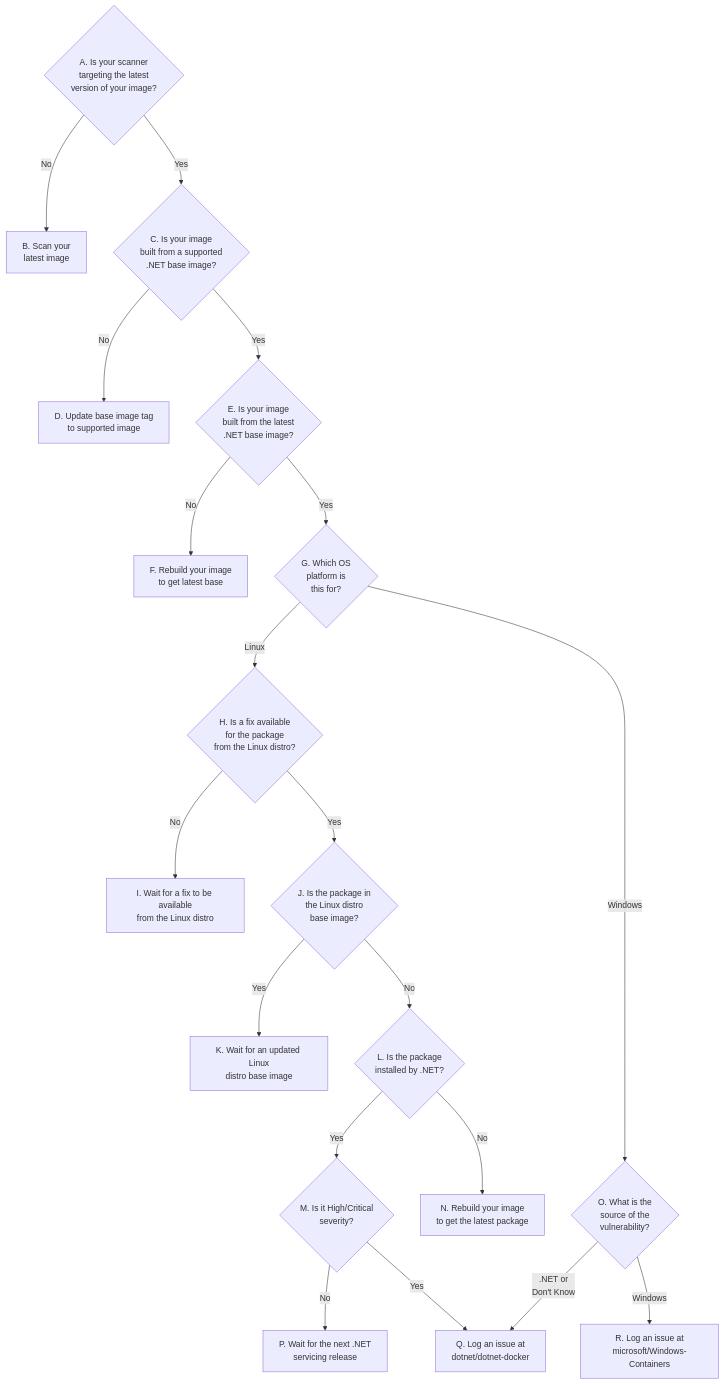
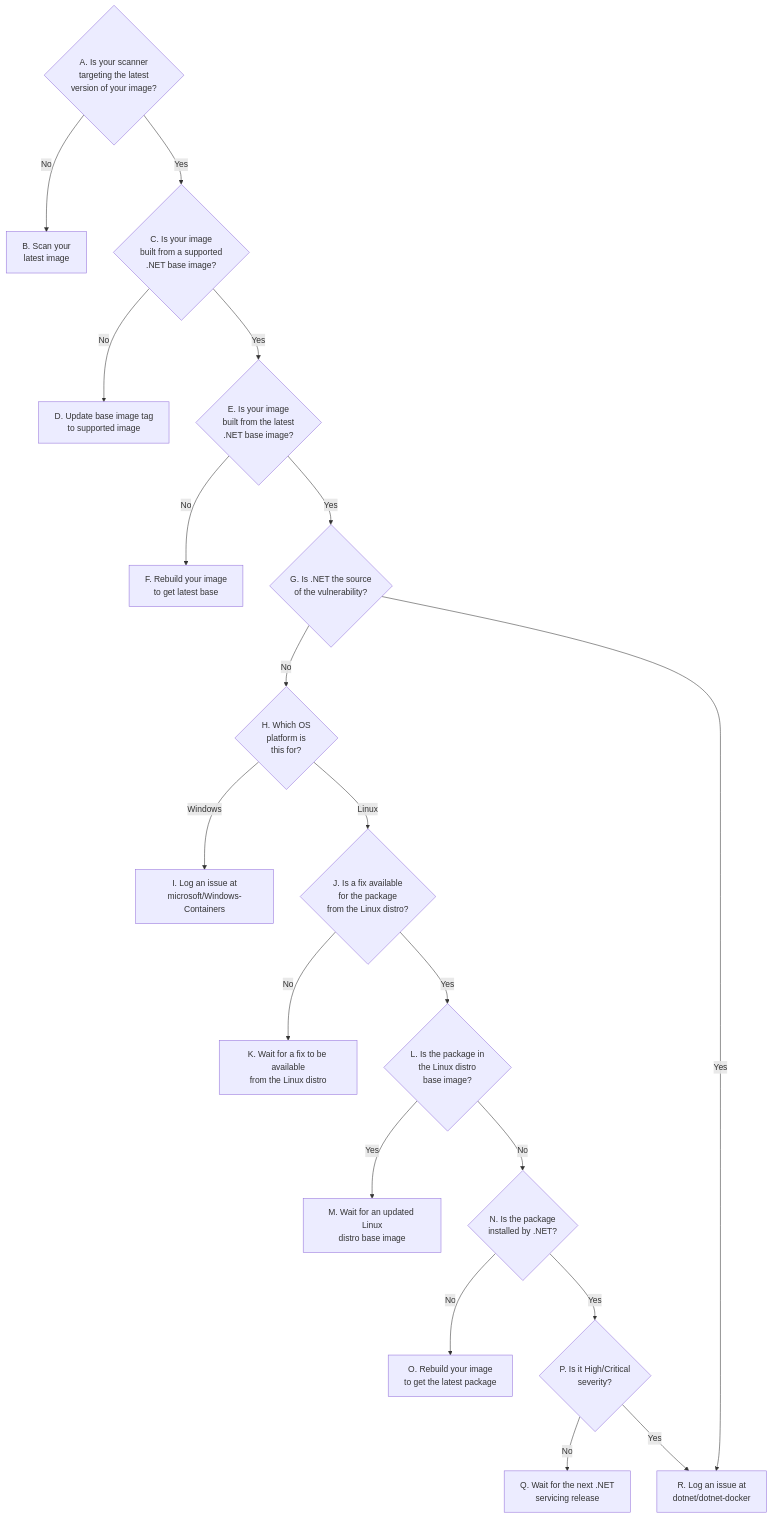
The diagram in documentation/vulnerability-workflow.md (dotnet/dotnet-docker), drawn with Mermaid before and after one commit. The commit also changed other lines of this file, not shown here.

Commit message:
Update flowchart to handle .NET vuln in Linux

````diff
--- a/documentation/vulnerability-workflow.md
+++ b/documentation/vulnerability-workflow.md
@@ -17,39 +17,40 @@
 ```mermaid
 flowchart
     ScanningLatest{A. Is your scanner<br>targeting the latest<br>version of your image?} --> |No|RescanLatest[B. Scan your<br>latest image]
     ScanningLatest --> |Yes|BuiltOnSupportedBase{C. Is your image<br>built from a supported<br>.NET base image?}
     BuiltOnSupportedBase --> |No|UpdateBaseImageTag[D. Update base image tag<br>to supported image]
     BuiltOnSupportedBase --> |Yes|BuiltOnLatestBase{E. Is your image<br>built from the latest<br>.NET base image?}
     BuiltOnLatestBase --> |No|RebuildImageBase[F. Rebuild your image<br>to get latest base]
-    BuiltOnLatestBase --> |Yes|PlatformType{G. Which OS<br>platform is<br>this for?}
-    PlatformType --> |Linux|LinuxFixAvailability{H. Is a fix available<br>for the package<br>from the Linux distro?}
-    PlatformType --> |Windows|WindowsVulnSource{O. What is the<br>source of the<br>vulnerability?}
-    LinuxFixAvailability --> |No|WaitForFix[I. Wait for a fix to be available<br>from the Linux distro]
-    LinuxFixAvailability --> |Yes|InLinuxBaseImage{J. Is the package in<br>the Linux distro<br>base image?}
-    InLinuxBaseImage --> |Yes|WaitForLinuxBaseUpdate[K. Wait for an updated Linux<br>distro base image]
-    InLinuxBaseImage --> |No|InstalledByDotnet{L. Is the package<br>installed by .NET?}
-    InstalledByDotnet --> |Yes|HiSeverity{M. Is it High/Critical<br>severity?}
-    InstalledByDotnet --> |No|RebuildImagePackage[N. Rebuild your image<br>to get the latest package]
-    HiSeverity --> |No|WaitForDotnetServicing[P. Wait for the next .NET<br>servicing release]
-    HiSeverity --> |Yes|LogDotnetDocker[Q. Log an issue at<br>dotnet/dotnet-docker]
-    WindowsVulnSource --> |.NET or<br> Don't Know|LogDotnetDocker
-    WindowsVulnSource --> |Windows|WindowsVuln[R. Log an issue at<br>microsoft/Windows-Containers]
+    BuiltOnLatestBase --> |Yes|IsDotnetVuln{G. Is .NET the source<br>of the vulnerability?}
+    IsDotnetVuln --> |No|PlatformType{H. Which OS<br>platform is<br>this for?}
+    IsDotnetVuln --> |Yes|LogDotnetDocker[R. Log an issue at<br>dotnet/dotnet-docker]
+    PlatformType --> |Windows|WindowsVuln[I. Log an issue at<br>microsoft/Windows-Containers]
+    PlatformType --> |Linux|LinuxFixAvailability{J. Is a fix available<br>for the package<br>from the Linux distro?}
+    LinuxFixAvailability --> |No|WaitForFix[K. Wait for a fix to be available<br>from the Linux distro]
+    LinuxFixAvailability --> |Yes|InLinuxBaseImage{L. Is the package in<br>the Linux distro<br>base image?}
+    InLinuxBaseImage --> |Yes|WaitForLinuxBaseUpdate[M. Wait for an updated Linux<br>distro base image]
+    InLinuxBaseImage --> |No|InstalledByDotnet{N. Is the package<br>installed by .NET?}
+    InstalledByDotnet --> |No|RebuildImagePackage[O. Rebuild your image<br>to get the latest package]
+    InstalledByDotnet --> |Yes|HiSeverity{P. Is it High/Critical<br>severity?}
+    HiSeverity --> |No|WaitForDotnetServicing[Q. Wait for the next .NET<br>servicing release]
+    HiSeverity --> |Yes|LogDotnetDocker
     click ScanningLatest "https://github.com/dotnet/dotnet-docker/blob/main/documentation/vulnerability-workflow.md?a-is-your-scanner-targeting-the-latest-version-of-your-image"
     click RescanLatest "https://github.com/dotnet/dotnet-docker/blob/main/documentation/vulnerability-workflow.md?b-scan-your-latest-image"
     click BuiltOnSupportedBase "https://github.com/dotnet/dotnet-docker/blob/main/documentation/vulnerability-workflow.md?c-is-your-image-built-from-a-supported-net-tag"
     click UpdateBaseImageTag "https://github.com/dotnet/dotnet-docker/blob/main/documentation/vulnerability-workflow.md?d-update-base-image-tag-to-supported-image"
     click BuiltOnLatestBase "https://github.com/dotnet/dotnet-docker/blob/main/documentation/vulnerability-workflow.md?e-is-your-image-built-from-the-latest-net-base-image"
     click RebuildImageBase "https://github.com/dotnet/dotnet-docker/blob/main/documentation/vulnerability-workflow.md?f-rebuild-your-image-to-get-latest-base"
-    click PlatformType "https://github.com/dotnet/dotnet-docker/blob/main/documentation/vulnerability-workflow.md?g-which-os-platform-is-this-for"
-    click LinuxFixAvailability "https://github.com/dotnet/dotnet-docker/blob/main/documentation/vulnerability-workflow.md?h-is-a-fix-available-for-the-package-from-the-linux-distro"
-    click WaitForFix "https://github.com/dotnet/dotnet-docker/blob/main/documentation/vulnerability-workflow.md?i-wait-for-a-fix-to-be-available-from-the-linux-distro"
-    click InLinuxBaseImage "https://github.com/dotnet/dotnet-docker/blob/main/documentation/vulnerability-workflow.md?j-is-the-package-in-the-linux-distro-base-image"
-    click WaitForLinuxBaseUpdate "https://github.com/dotnet/dotnet-docker/blob/main/documentation/vulnerability-workflow.md?k-wait-for-an-updated-linux-distro-base-image"
-    click InstalledByDotnet "https://github.com/dotnet/dotnet-docker/blob/main/documentation/vulnerability-workflow.md?l-is-the-package-installed-by-net"
-    click HiSeverity "https://github.com/dotnet/dotnet-docker/blob/main/documentation/vulnerability-workflow.md?m-is-it-highcritical-severity"
-    click RebuildImagePackage "https://github.com/dotnet/dotnet-docker/blob/main/documentation/vulnerability-workflow.md?n-rebuild-your-image-to-get-the-latest-package"
+    click IsDotnetVuln "https://github.com/dotnet/dotnet-docker/blob/main/documentation/vulnerability-workflow.md?g-is-net-the-source-of-the-vulnerability"
+    click PlatformType "https://github.com/dotnet/dotnet-docker/blob/main/documentation/vulnerability-workflow.md?h-which-os-platform-is-this-for"
+    click LinuxFixAvailability "https://github.com/dotnet/dotnet-docker/blob/main/documentation/vulnerability-workflow.md?j-is-a-fix-available-for-the-package-from-the-linux-distro"
+    click WaitForFix "https://github.com/dotnet/dotnet-docker/blob/main/documentation/vulnerability-workflow.md?k-wait-for-a-fix-to-be-available-from-the-linux-distro"
+    click InLinuxBaseImage "https://github.com/dotnet/dotnet-docker/blob/main/documentation/vulnerability-workflow.md?l-is-the-package-in-the-linux-distro-base-image"
+    click WaitForLinuxBaseUpdate "https://github.com/dotnet/dotnet-docker/blob/main/documentation/vulnerability-workflow.md?m-wait-for-an-updated-linux-distro-base-image"
+    click InstalledByDotnet "https://github.com/dotnet/dotnet-docker/blob/main/documentation/vulnerability-workflow.md?n-is-the-package-installed-by-net"
+    click HiSeverity "https://github.com/dotnet/dotnet-docker/blob/main/documentation/vulnerability-workflow.md?p-is-it-highcritical-severity"
+    click RebuildImagePackage "https://github.com/dotnet/dotnet-docker/blob/main/documentation/vulnerability-workflow.md?o-rebuild-your-image-to-get-the-latest-package"
     click WindowsVulnSource "https://github.com/dotnet/dotnet-docker/blob/main/documentation/vulnerability-workflow.md?o-what-is-the-source-of-the-vulnerability"
-    click WaitForDotnetServicing "https://github.com/dotnet/dotnet-docker/blob/main/documentation/vulnerability-workflow.md?p-wait-for-the-next-net-servicing-release"
-    click LogDotnetDocker "https://github.com/dotnet/dotnet-docker/blob/main/documentation/vulnerability-workflow.md?q-log-an-issue-at-dotnetdotnet-docker"
-    click WindowsVuln "https://github.com/dotnet/dotnet-docker/blob/main/documentation/vulnerability-workflow.md?r-log-an-issue-at-microsoftwindows-containers"
+    click WaitForDotnetServicing "https://github.com/dotnet/dotnet-docker/blob/main/documentation/vulnerability-workflow.md?q-wait-for-the-next-net-servicing-release"
+    click LogDotnetDocker "https://github.com/dotnet/dotnet-docker/blob/main/documentation/vulnerability-workflow.md?r-log-an-issue-at-dotnetdotnet-docker"
+    click WindowsVuln "https://github.com/dotnet/dotnet-docker/blob/main/documentation/vulnerability-workflow.md?i-log-an-issue-at-microsoftwindows-containers"
 ```
````
